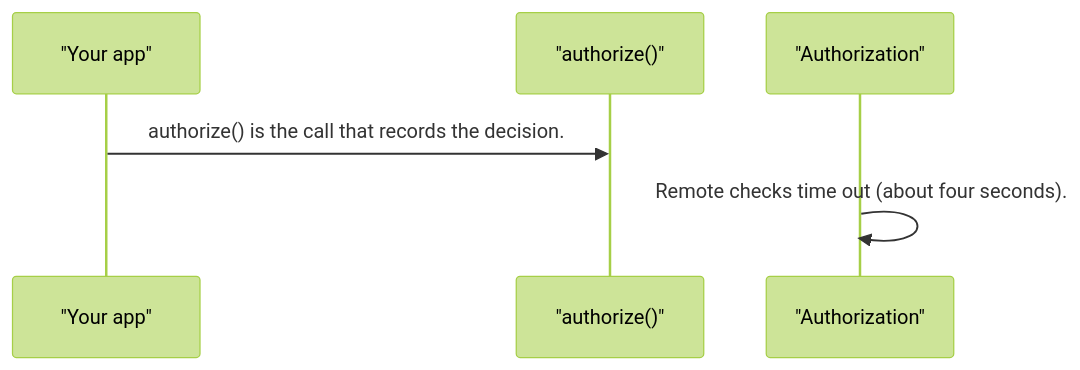
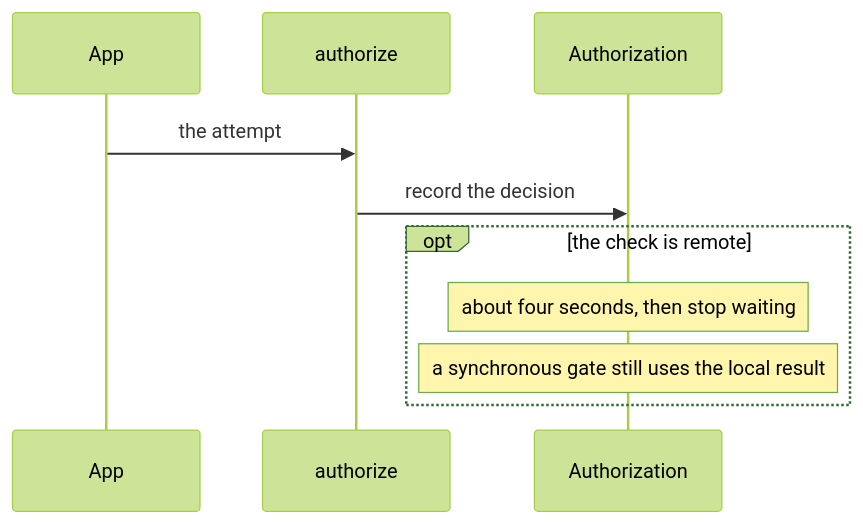
Before and after one commit to RajshekharBorate/pixel-ui: the fourth of 5 diagrams in projects/pixel-ui/src/lib/services/authorization/DESIGN.md, drawn with Mermaid (forest theme). The commit also changed other lines of this file and 73 other files, not shown here.

Commit message:
Explain who owns each value and what each flow does in every component and service design.

````diff
--- a/projects/pixel-ui/src/lib/services/authorization/DESIGN.md
+++ b/projects/pixel-ui/src/lib/services/authorization/DESIGN.md
@@ -85,8 +121,12 @@
 ```mermaid
 sequenceDiagram
-  participant app as "Your app"
-  participant audit as "authorize()"
-  participant auth as "Authorization"
-  app->>audit: authorize() is the call that records the decision.
-  auth->>auth: Remote checks time out (about four seconds).
+  participant App
+  participant Audit as authorize
+  participant Auth as Authorization
+  App->>Audit: the attempt
+  Audit->>Auth: record the decision
+  opt the check is remote
+    Note over Auth: about four seconds, then stop waiting
+    Note over Auth: a synchronous gate still uses the local result
+  end
 ```
````
